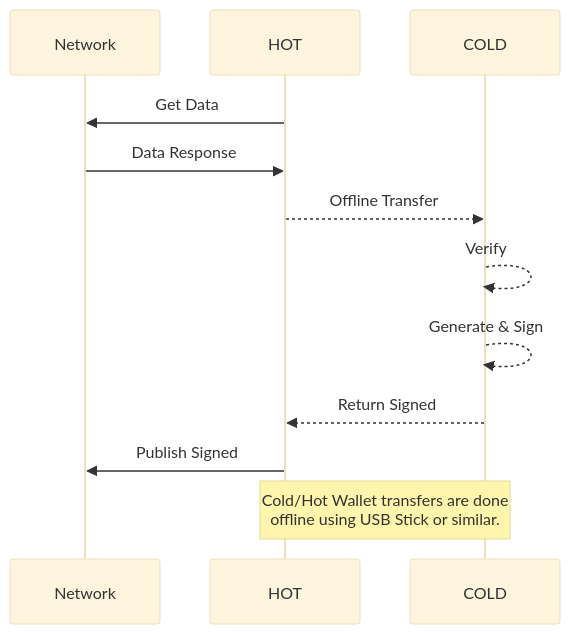
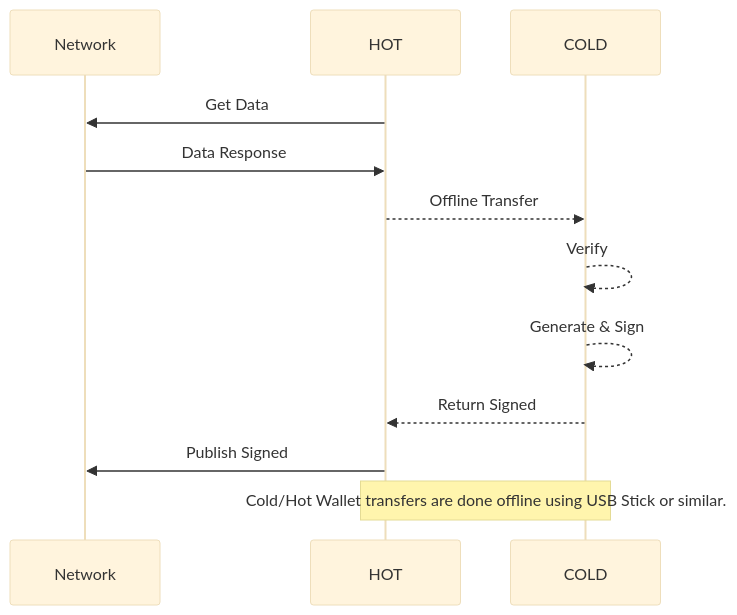
The diagram in docs/integration-guides/advanced.md (nanocurrency/nano-docs), drawn with Mermaid (base theme) before and after one commit.

Commit message:
Update advanced.md (#212)

````diff
--- a/docs/integration-guides/advanced.md
+++ b/docs/integration-guides/advanced.md
@@ -33,14 +33,14 @@
 ```mermaid
 sequenceDiagram
   participant Network
   participant HOT
   participant COLD
   HOT->>Network: Get Data
   Network->>HOT: Data Response
   HOT-->>COLD: Offline Transfer
   COLD-->>COLD: Verify
   COLD-->>COLD: Generate & Sign
   COLD-->>HOT: Return Signed
   HOT->>Network: Publish Signed
-  Note over COLD,HOT: Cold/Hot Wallet transfers are done<br />offline using USB Stick or similar.
+  Note over COLD,HOT: Cold/Hot Wallet transfers are done offline using USB Stick or similar.
 ```
````
